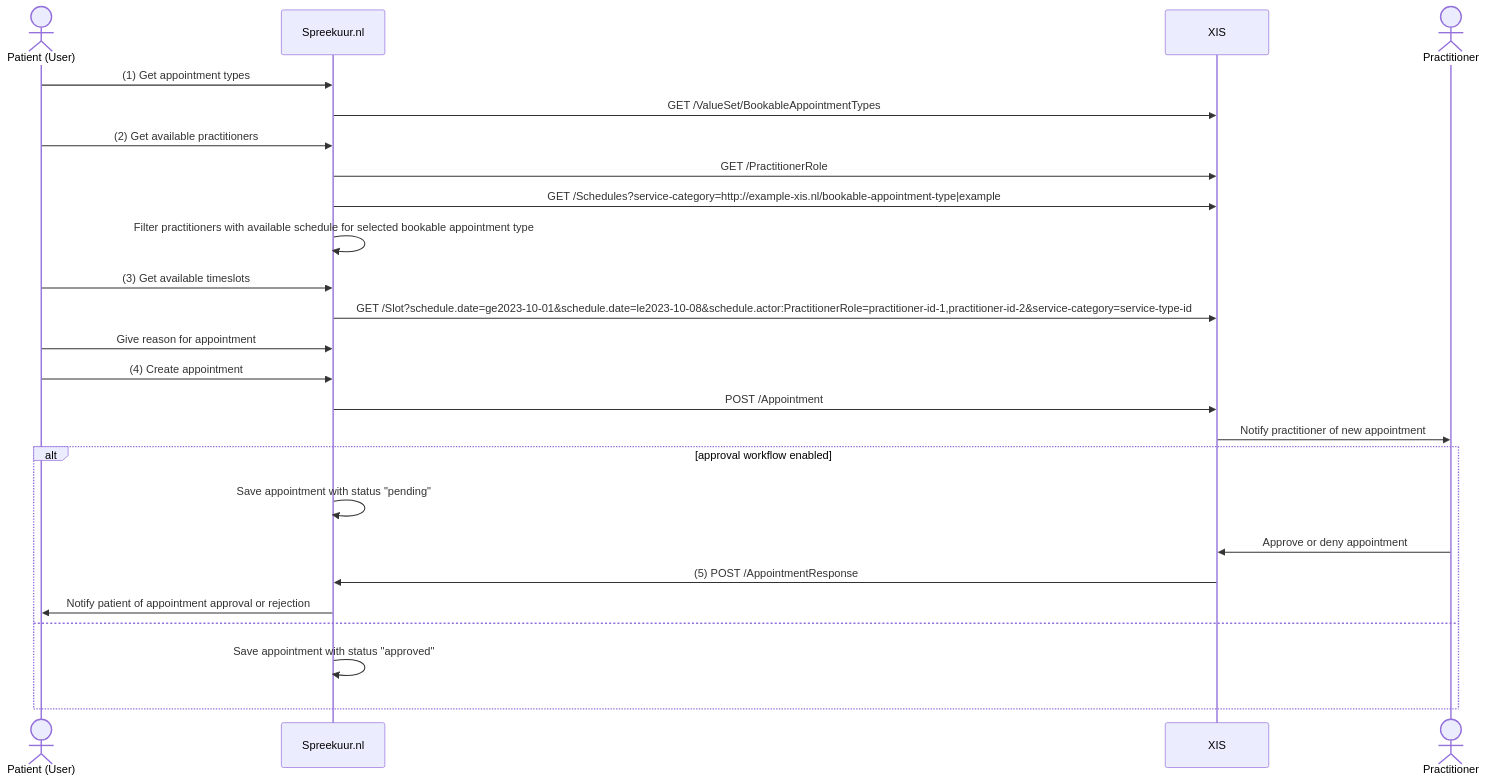
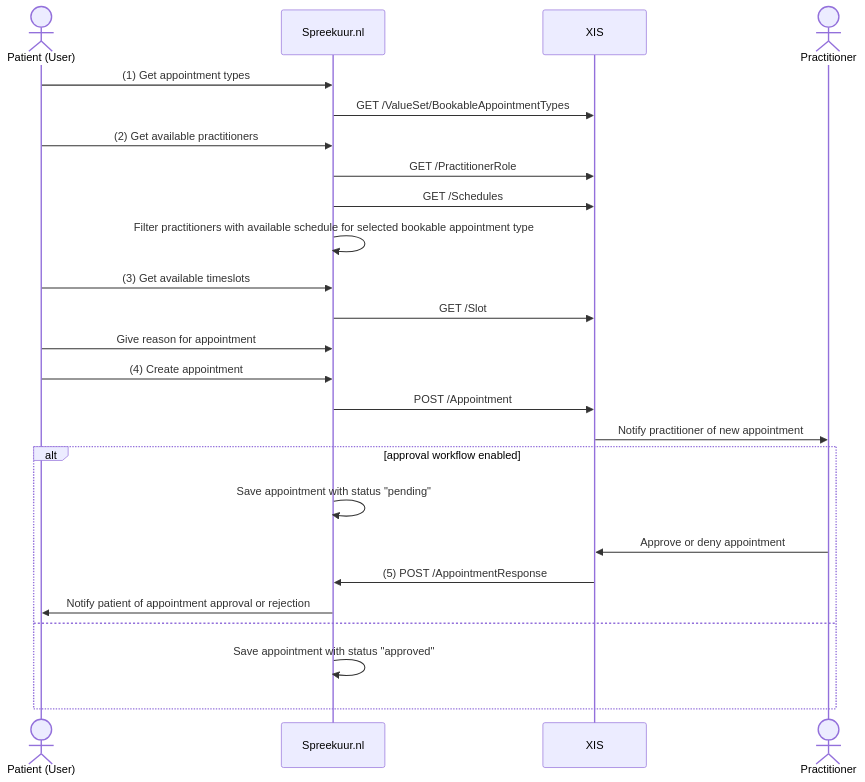
One commit to topicushealthcare/spreekuur-docs changed the first of 2 diagrams in docs/features/appointment/appointments.md. Above: the diagram before and after it, drawn with Mermaid. The commit also changed 2 other files, not shown here.

Commit message:
SSAM-7549 various fixes (#35)

````diff
--- a/docs/features/appointment/appointments.md
+++ b/docs/features/appointment/appointments.md
@@ -29,28 +29,28 @@
 ```mermaid
 sequenceDiagram
     actor Patient (User)
     participant Spreekuur.nl
     participant XIS
     actor Practitioner
 
     Patient (User)->>Spreekuur.nl: (1) Get appointment types
     Spreekuur.nl->>XIS: GET /ValueSet/BookableAppointmentTypes
     Patient (User)->>Spreekuur.nl: (2) Get available practitioners
     Spreekuur.nl->>XIS: GET /PractitionerRole
-    Spreekuur.nl->>XIS: GET /Schedules?service-category=http://example-xis.nl/bookable-appointment-type|example
+    Spreekuur.nl->>XIS: GET /Schedules
     Spreekuur.nl->>Spreekuur.nl: Filter practitioners with available schedule for selected bookable appointment type
     Patient (User)->>Spreekuur.nl: (3) Get available timeslots
-    Spreekuur.nl->>XIS: GET /Slot?schedule.date=ge2023-10-01&schedule.date=le2023-10-08&schedule.actor:PractitionerRole=practitioner-id-1,practitioner-id-2&service-category=service-type-id
+    Spreekuur.nl->>XIS: GET /Slot
     Patient (User)->>Spreekuur.nl: Give reason for appointment
     Patient (User)->>Spreekuur.nl: (4) Create appointment
     Spreekuur.nl->>XIS: POST /Appointment
     XIS->>Practitioner: Notify practitioner of new appointment
     alt approval workflow enabled
     Spreekuur.nl->>Spreekuur.nl: Save appointment with status "pending"
     Practitioner->>XIS: Approve or deny appointment
     XIS->>Spreekuur.nl: (5) POST /AppointmentResponse
     Spreekuur.nl->>Patient (User): Notify patient of appointment approval or rejection
     else
     Spreekuur.nl->>Spreekuur.nl: Save appointment with status "approved"
     end
 ```
````
